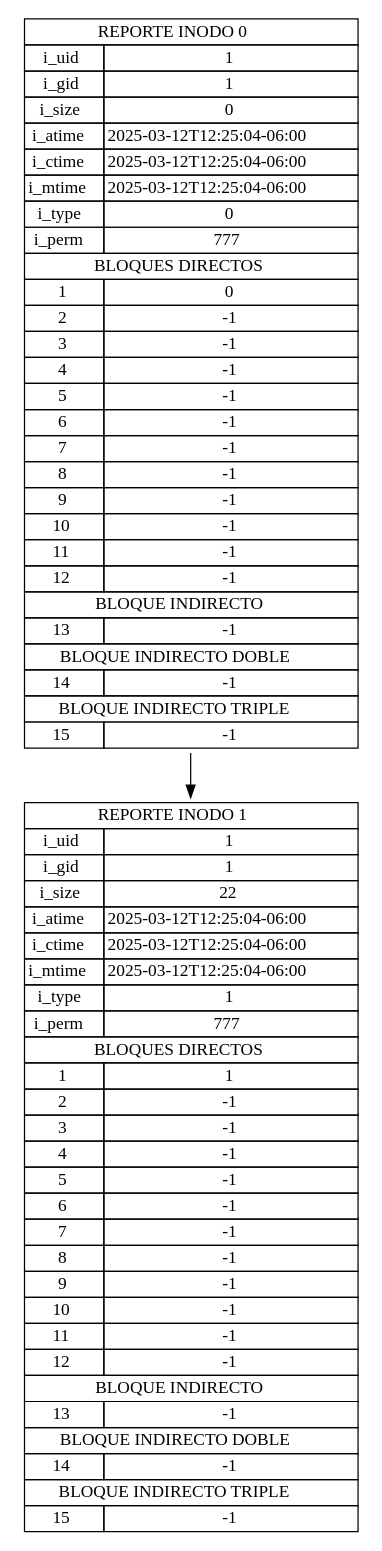
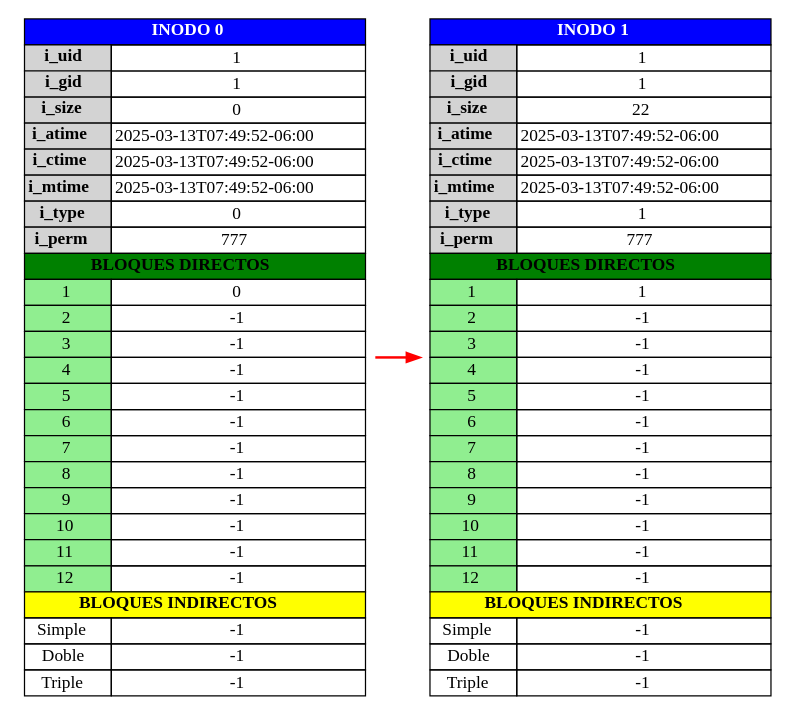
The diagram in backend/output/report_inode.dot (AbdielOtzoy/MIA_1S2025_P1_202300350), drawn with Graphviz before and after one commit. The commit also changed 13 other files, not shown here.

```diff
--- a/backend/output/report_inode.dot
+++ b/backend/output/report_inode.dot
@@ -1,44 +1,41 @@
 digraph G {
+        rankdir=LR; // Alineación horizontal
         node [shape=plaintext]
     inode0 [label=<
             <table border="0" cellborder="1" cellspacing="0">
-                <tr><td colspan="2"> REPORTE INODO 0 </td></tr>
-                <tr><td>i_uid</td><td>1</td></tr>
-                <tr><td>i_gid</td><td>1</td></tr>
-                <tr><td>i_size</td><td>0</td></tr>
-                <tr><td>i_atime</td><td>2025-03-12T12:25:04-06:00</td></tr>
-                <tr><td>i_ctime</td><td>2025-03-12T12:25:04-06:00</td></tr>
-                <tr><td>i_mtime</td><td>2025-03-12T12:25:04-06:00</td></tr>
-                <tr><td>i_type</td><td>0</td></tr>
-                <tr><td>i_perm</td><td>777</td></tr>
-                <tr><td colspan="2">BLOQUES DIRECTOS</td></tr>
-            <tr><td>1</td><td>0</td></tr><tr><td>2</td><td>-1</td></tr><tr><td>3</td><td>-1</td></tr><tr><td>4</td><td>-1</td></tr><tr><td>5</td><td>-1</td></tr><tr><td>6</td><td>-1</td></tr><tr><td>7</td><td>-1</td></tr><tr><td>8</td><td>-1</td></tr><tr><td>9</td><td>-1</td></tr><tr><td>10</td><td>-1</td></tr><tr><td>11</td><td>-1</td></tr><tr><td>12</td><td>-1</td></tr>
-                <tr><td colspan="2">BLOQUE INDIRECTO</td></tr>
-                <tr><td>13</td><td>-1</td></tr>
-                <tr><td colspan="2">BLOQUE INDIRECTO DOBLE</td></tr>
-                <tr><td>14</td><td>-1</td></tr>
-                <tr><td colspan="2">BLOQUE INDIRECTO TRIPLE</td></tr>
-                <tr><td>15</td><td>-1</td></tr>
+                <tr><td colspan="2" bgcolor="blue"><font color="white"><b>INODO 0</b></font></td></tr>
+                <tr><td bgcolor="lightgray"><b>i_uid</b></td><td>1</td></tr>
+                <tr><td bgcolor="lightgray"><b>i_gid</b></td><td>1</td></tr>
+                <tr><td bgcolor="lightgray"><b>i_size</b></td><td>0</td></tr>
+                <tr><td bgcolor="lightgray"><b>i_atime</b></td><td>2025-03-13T07:49:52-06:00</td></tr>
+                <tr><td bgcolor="lightgray"><b>i_ctime</b></td><td>2025-03-13T07:49:52-06:00</td></tr>
+                <tr><td bgcolor="lightgray"><b>i_mtime</b></td><td>2025-03-13T07:49:52-06:00</td></tr>
+                <tr><td bgcolor="lightgray"><b>i_type</b></td><td>0</td></tr>
+                <tr><td bgcolor="lightgray"><b>i_perm</b></td><td>777</td></tr>
+                <tr><td colspan="2" bgcolor="green"><b>BLOQUES DIRECTOS</b></td></tr>
+            <tr><td bgcolor='lightgreen'>1</td><td>0</td></tr><tr><td bgcolor='lightgreen'>2</td><td>-1</td></tr><tr><td bgcolor='lightgreen'>3</td><td>-1</td></tr><tr><td bgcolor='lightgreen'>4</td><td>-1</td></tr><tr><td bgcolor='lightgreen'>5</td><td>-1</td></tr><tr><td bgcolor='lightgreen'>6</td><td>-1</td></tr><tr><td bgcolor='lightgreen'>7</td><td>-1</td></tr><tr><td bgcolor='lightgreen'>8</td><td>-1</td></tr><tr><td bgcolor='lightgreen'>9</td><td>-1</td></tr><tr><td bgcolor='lightgreen'>10</td><td>-1</td></tr><tr><td bgcolor='lightgreen'>11</td><td>-1</td></tr><tr><td bgcolor='lightgreen'>12</td><td>-1</td></tr>
+                <tr><td colspan="2" bgcolor="yellow"><b>BLOQUES INDIRECTOS</b></td></tr>
+                <tr><td>Simple</td><td>-1</td></tr>
+                <tr><td>Doble</td><td>-1</td></tr>
+                <tr><td>Triple</td><td>-1</td></tr>
             </table>>];
-        inode0 -> inode1;
+        inode0 -> inode1 [color=red, penwidth=2];
 inode1 [label=<
             <table border="0" cellborder="1" cellspacing="0">
-                <tr><td colspan="2"> REPORTE INODO 1 </td></tr>
-                <tr><td>i_uid</td><td>1</td></tr>
-                <tr><td>i_gid</td><td>1</td></tr>
-                <tr><td>i_size</td><td>22</td></tr>
-                <tr><td>i_atime</td><td>2025-03-12T12:25:04-06:00</td></tr>
-                <tr><td>i_ctime</td><td>2025-03-12T12:25:04-06:00</td></tr>
-                <tr><td>i_mtime</td><td>2025-03-12T12:25:04-06:00</td></tr>
-                <tr><td>i_type</td><td>1</td></tr>
-                <tr><td>i_perm</td><td>777</td></tr>
-                <tr><td colspan="2">BLOQUES DIRECTOS</td></tr>
-            <tr><td>1</td><td>1</td></tr><tr><td>2</td><td>-1</td></tr><tr><td>3</td><td>-1</td></tr><tr><td>4</td><td>-1</td></tr><tr><td>5</td><td>-1</td></tr><tr><td>6</td><td>-1</td></tr><tr><td>7</td><td>-1</td></tr><tr><td>8</td><td>-1</td></tr><tr><td>9</td><td>-1</td></tr><tr><td>10</td><td>-1</td></tr><tr><td>11</td><td>-1</td></tr><tr><td>12</td><td>-1</td></tr>
-                <tr><td colspan="2">BLOQUE INDIRECTO</td></tr>
-                <tr><td>13</td><td>-1</td></tr>
-                <tr><td colspan="2">BLOQUE INDIRECTO DOBLE</td></tr>
-                <tr><td>14</td><td>-1</td></tr>
-                <tr><td colspan="2">BLOQUE INDIRECTO TRIPLE</td></tr>
-                <tr><td>15</td><td>-1</td></tr>
+                <tr><td colspan="2" bgcolor="blue"><font color="white"><b>INODO 1</b></font></td></tr>
+                <tr><td bgcolor="lightgray"><b>i_uid</b></td><td>1</td></tr>
+                <tr><td bgcolor="lightgray"><b>i_gid</b></td><td>1</td></tr>
+                <tr><td bgcolor="lightgray"><b>i_size</b></td><td>22</td></tr>
+                <tr><td bgcolor="lightgray"><b>i_atime</b></td><td>2025-03-13T07:49:52-06:00</td></tr>
+                <tr><td bgcolor="lightgray"><b>i_ctime</b></td><td>2025-03-13T07:49:52-06:00</td></tr>
+                <tr><td bgcolor="lightgray"><b>i_mtime</b></td><td>2025-03-13T07:49:52-06:00</td></tr>
+                <tr><td bgcolor="lightgray"><b>i_type</b></td><td>1</td></tr>
+                <tr><td bgcolor="lightgray"><b>i_perm</b></td><td>777</td></tr>
+                <tr><td colspan="2" bgcolor="green"><b>BLOQUES DIRECTOS</b></td></tr>
+            <tr><td bgcolor='lightgreen'>1</td><td>1</td></tr><tr><td bgcolor='lightgreen'>2</td><td>-1</td></tr><tr><td bgcolor='lightgreen'>3</td><td>-1</td></tr><tr><td bgcolor='lightgreen'>4</td><td>-1</td></tr><tr><td bgcolor='lightgreen'>5</td><td>-1</td></tr><tr><td bgcolor='lightgreen'>6</td><td>-1</td></tr><tr><td bgcolor='lightgreen'>7</td><td>-1</td></tr><tr><td bgcolor='lightgreen'>8</td><td>-1</td></tr><tr><td bgcolor='lightgreen'>9</td><td>-1</td></tr><tr><td bgcolor='lightgreen'>10</td><td>-1</td></tr><tr><td bgcolor='lightgreen'>11</td><td>-1</td></tr><tr><td bgcolor='lightgreen'>12</td><td>-1</td></tr>
+                <tr><td colspan="2" bgcolor="yellow"><b>BLOQUES INDIRECTOS</b></td></tr>
+                <tr><td>Simple</td><td>-1</td></tr>
+                <tr><td>Doble</td><td>-1</td></tr>
+                <tr><td>Triple</td><td>-1</td></tr>
             </table>>];
         }
```
